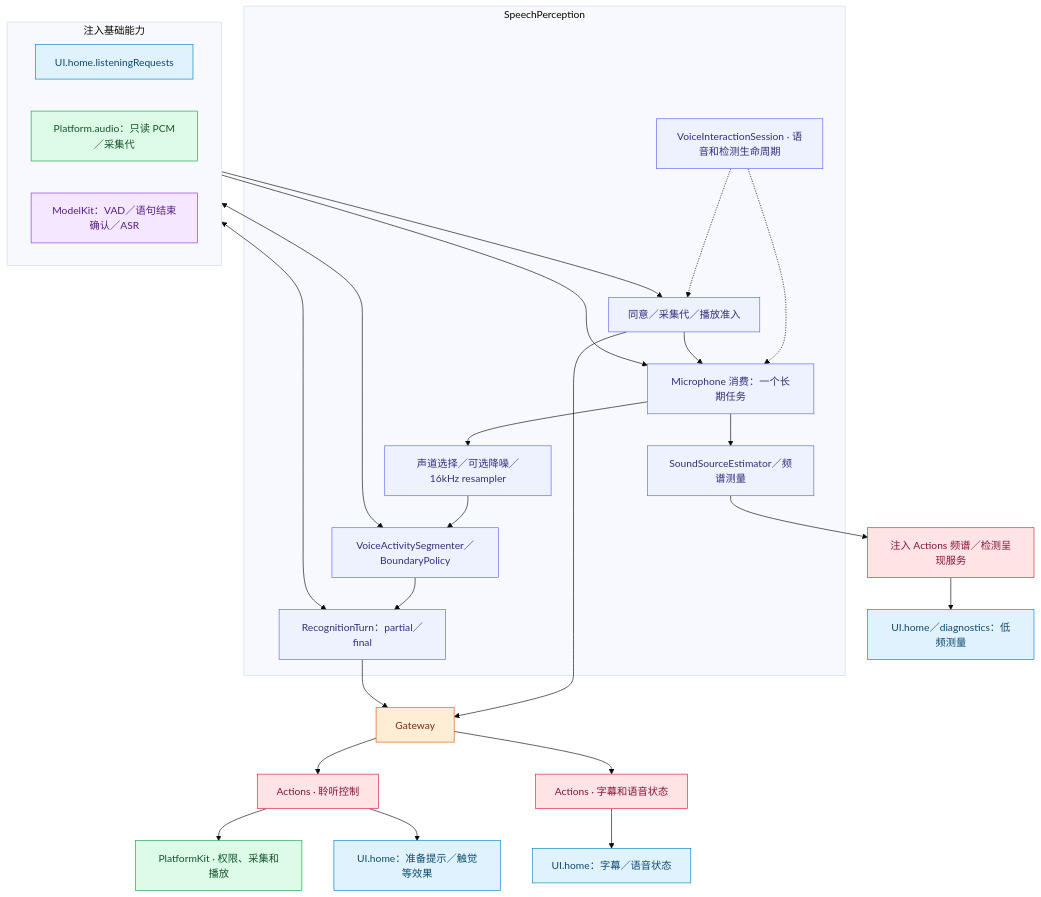
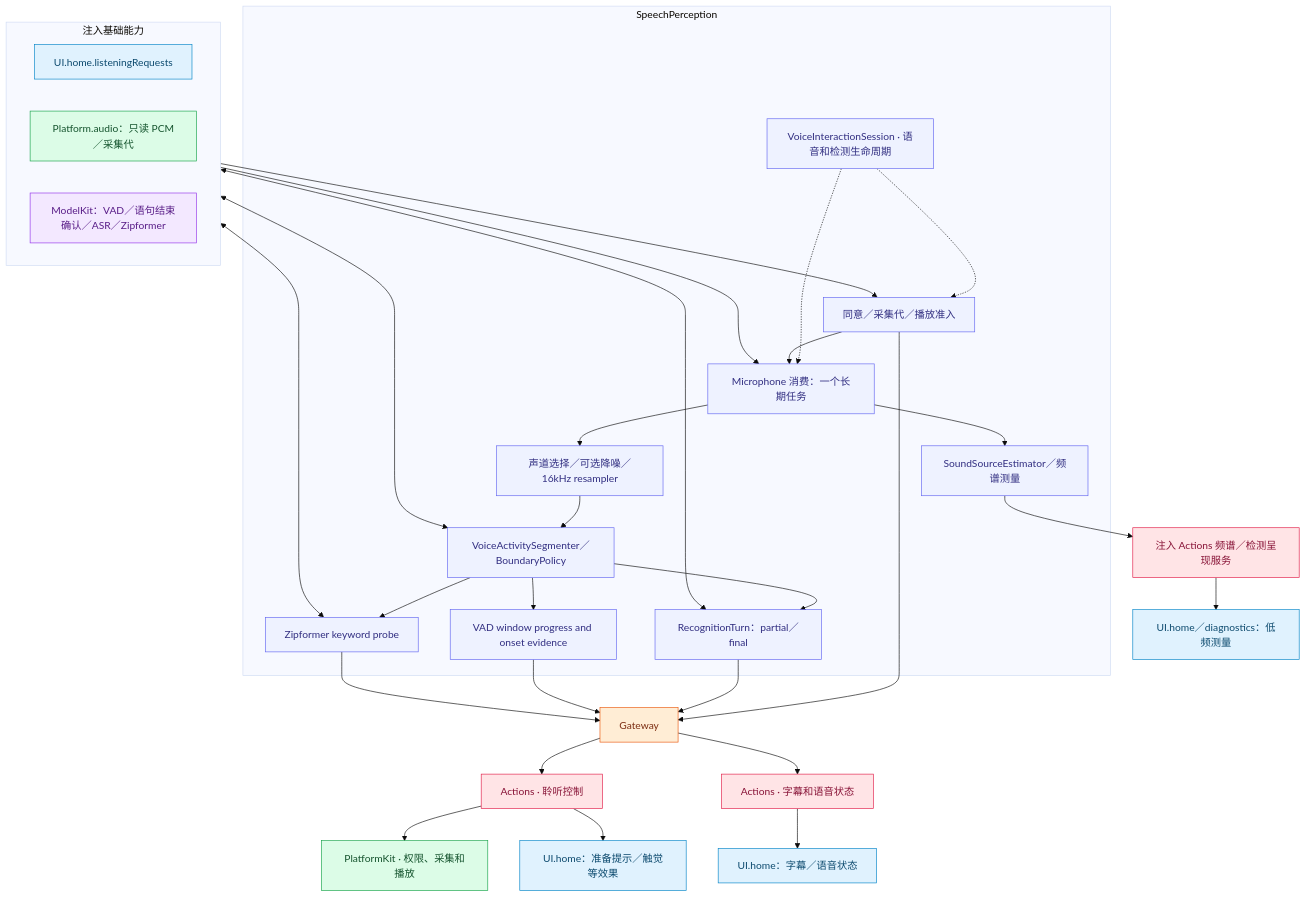
One commit to devilyouwei/MobileHarness changed the second of 3 diagrams in MobileHarness/Agents/SpeechPerception/README.md. Above: the diagram before and after it, drawn with Mermaid (base theme). The commit also changed other lines of this file and 79 other files, not shown here.

````diff
--- a/MobileHarness/Agents/SpeechPerception/README.md
+++ b/MobileHarness/Agents/SpeechPerception/README.md
@@ -81,44 +80,51 @@
 ```mermaid
 flowchart TB
  subgraph Injected["注入基础能力"]
  direction LR
  U["UI.home.listeningRequests"]:::ui
  P["Platform.audio：只读 PCM／采集代"]:::platform
- M["ModelKit：VAD／语句结束确认／ASR"]:::model
+ M["ModelKit：VAD／语句结束确认／ASR／Zipformer"]:::model
  end
  subgraph Role["SpeechPerception"]
  V["VoiceInteractionSession · 语音和检测生命周期"]:::agent
  L["同意／采集代／播放准入"]:::agent
  N["Microphone 消费：一个长期任务"]:::agent
  R["声道选择／可选降噪／16kHz resampler"]:::agent
  B["VoiceActivitySegmenter／BoundaryPolicy"]:::agent
+ K["Zipformer keyword probe"]:::agent
+ W["VAD window progress and onset evidence"]:::agent
  T["RecognitionTurn：partial／final"]:::agent
  S["SoundSourceEstimator／频谱测量"]:::agent
  end
  V -.-> L
  V -.-> N
  U --> L
  P --> N
  L --> N
  N --> R --> B --> T
+ B --> K
+ B --> W
  N --> S
  M <--> B
  M <--> T
+ M <--> K
  L --> G["Gateway"]:::gateway
  T --> G
+ W --> G
+ K --> G
  G --> X["Actions · 聆听控制"]:::action
  G --> Y["Actions · 字幕和语音状态"]:::action
  X --> PC["PlatformKit · 权限、采集和播放"]:::platform
  X --> UE["UI.home：准备提示／触觉等效果"]:::ui
  Y --> UC["UI.home：字幕／语音状态"]:::ui
  S --> AP["注入 Actions 频谱／检测呈现服务"]:::action
  AP --> US["UI.home／diagnostics：低频测量"]:::ui
  classDef ui fill:#e0f2fe,stroke:#0284c7,color:#0c4a6e
  classDef platform fill:#dcfce7,stroke:#16a34a,color:#14532d
  classDef model fill:#f3e8ff,stroke:#9333ea,color:#581c87
  classDef storage fill:#fef3c7,stroke:#d97706,color:#78350f
  classDef agent fill:#eef2ff,stroke:#6366f1,color:#312e81
  classDef gateway fill:#ffedd5,stroke:#ea580c,color:#7c2d12
  classDef action fill:#ffe4e6,stroke:#e11d48,color:#881337
  classDef host fill:#f1f5f9,stroke:#64748b,color:#334155
 ```
````
